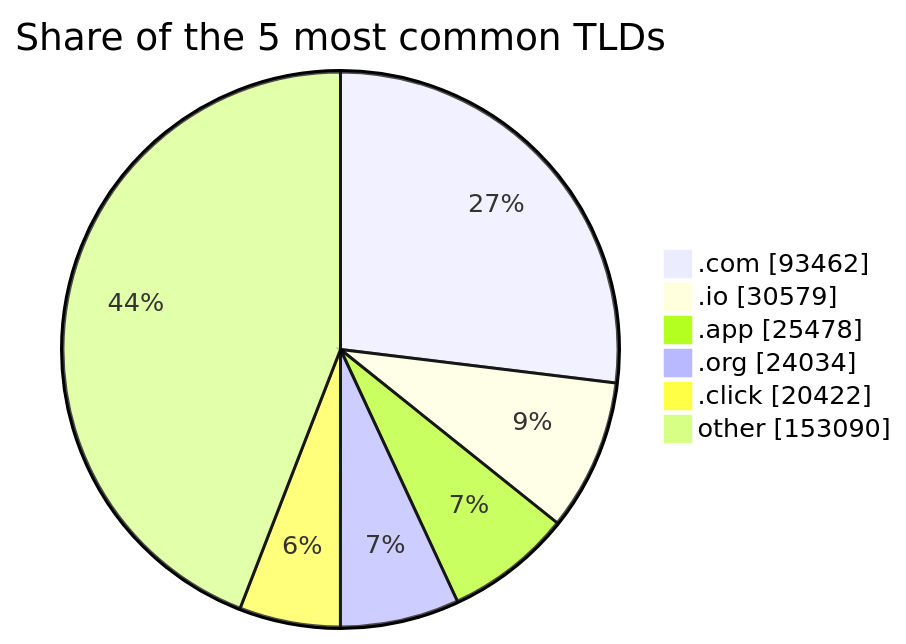
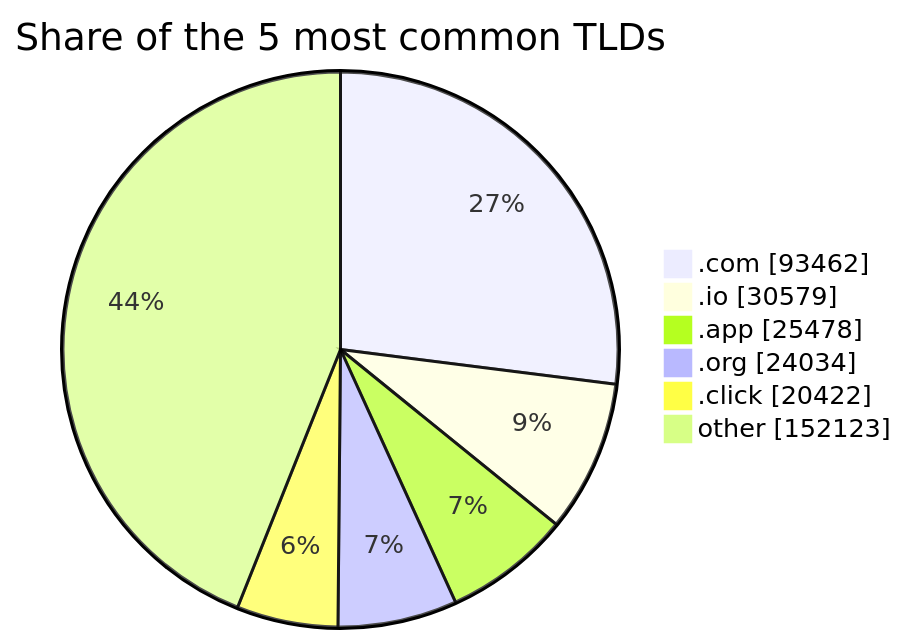
Before and after one commit to DNSBunker/CTI: the third of 3 diagrams in README.md, drawn with Mermaid. The commit also changed other lines of this file and 4 other files, not shown here.

````diff
--- a/README.md
+++ b/README.md
@@ -81,9 +81,9 @@
 ```mermaid
 pie showData title Share of the 5 most common TLDs
     ".com" : 93462
     ".io" : 30579
     ".app" : 25478
     ".org" : 24034
     ".click" : 20422
-    "other" : 153090
+    "other" : 152123
 ```
````
